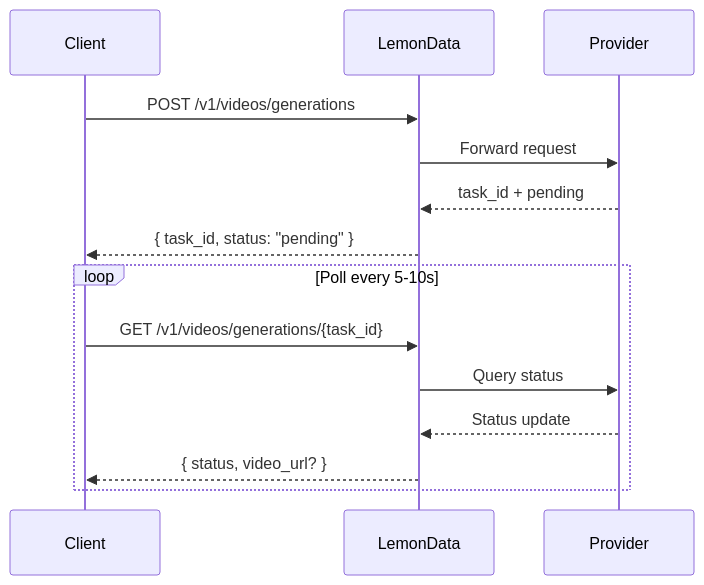
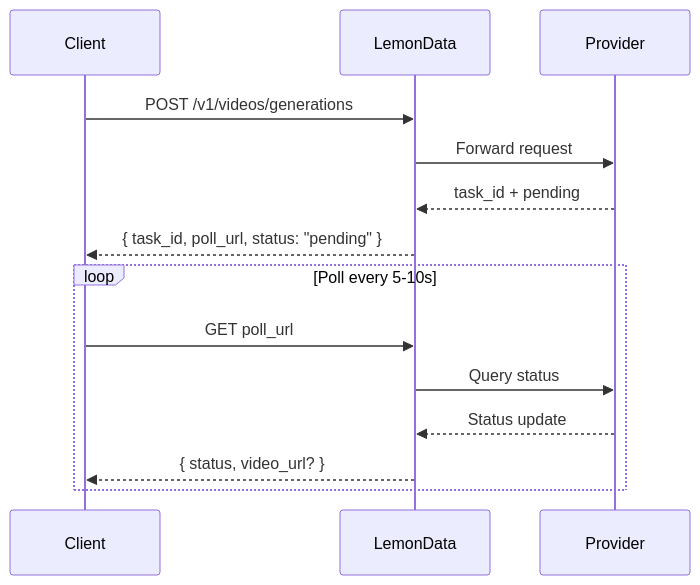
One commit to hedging8563/lemondata-docs changed the diagram in guides/video-generation.mdx. Above: the diagram before and after it, drawn with Mermaid. The commit also changed other lines of this file and 10 other files, not shown here.

````diff
--- a/guides/video-generation.mdx
+++ b/guides/video-generation.mdx
@@ -16,18 +16,18 @@
 ```mermaid
 sequenceDiagram
     participant Client
     participant LemonData
     participant Provider
 
     Client->>LemonData: POST /v1/videos/generations
     LemonData->>Provider: Forward request
     Provider-->>LemonData: task_id + pending
-    LemonData-->>Client: { task_id, status: "pending" }
+    LemonData-->>Client: { task_id, poll_url, status: "pending" }
 
     loop Poll every 5-10s
-        Client->>LemonData: GET /v1/videos/generations/{task_id}
+        Client->>LemonData: GET poll_url
         LemonData->>Provider: Query status
         Provider-->>LemonData: Status update
         LemonData-->>Client: { status, video_url? }
     end
 ```
````
